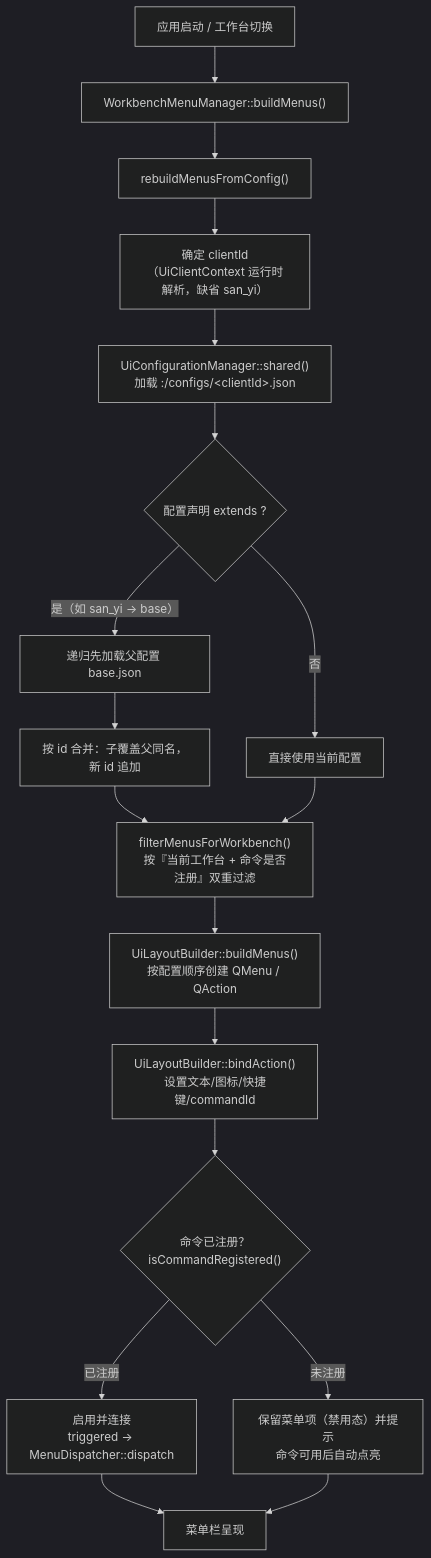
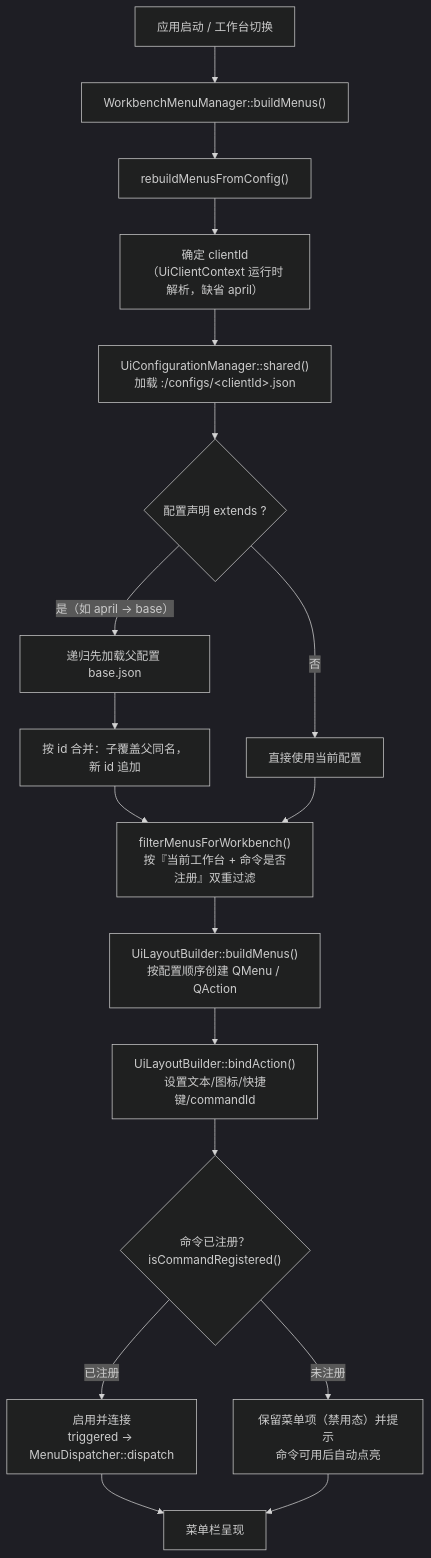
The third of 16 diagrams in Docs/01-当前架构/UI交互流程.md (yulinxx/CAD), drawn with Mermaid (dark theme) before and after one commit. The commit also changed other lines of this file and 326 other files, not shown here.

````diff
--- a/Docs/01-当前架构/UI交互流程.md
+++ b/Docs/01-当前架构/UI交互流程.md
@@ -105,20 +105,20 @@
 ```mermaid
 flowchart TD
     Start["应用启动 / 工作台切换"] --> Build["WorkbenchMenuManager::buildMenus()"]
     Build --> Rebuild["rebuildMenusFromConfig()"]
-    Rebuild --> Resolve["确定 clientId<br/>（UiClientContext 运行时解析，缺省 san_yi）"]
+    Rebuild --> Resolve["确定 clientId<br/>（UiClientContext 运行时解析，缺省 april）"]
     Resolve --> Apply["UiConfigurationManager::shared()<br/>加载 :/configs/&lt;clientId&gt;.json"]
     Apply --> Inherit{"配置声明 extends ?"}
-    Inherit -- "是（如 san_yi → base）" --> Parent["递归先加载父配置 base.json"]
+    Inherit -- "是（如 april → base）" --> Parent["递归先加载父配置 base.json"]
     Parent --> Merge["按 id 合并：子覆盖父同名，新 id 追加"]
     Inherit -- "否" --> Direct["直接使用当前配置"]
     Merge --> Filter["filterMenusForWorkbench()<br/>按『当前工作台 + 命令是否注册』双重过滤"]
     Direct --> Filter
     Filter --> Layout["UiLayoutBuilder::buildMenus()<br/>按配置顺序创建 QMenu / QAction"]
     Layout --> Bind["UiLayoutBuilder::bindAction()<br/>设置文本/图标/快捷键/commandId"]
     Bind --> Check{"命令已注册？<br/>isCommandRegistered()"}
     Check -- "已注册" --> Enable["启用并连接<br/>triggered → MenuDispatcher::dispatch"]
     Check -- "未注册" --> Disable["保留菜单项（禁用态）并提示<br/>命令可用后自动点亮"]
     Enable --> Done["菜单栏呈现"]
     Disable --> Done
 ```
````
